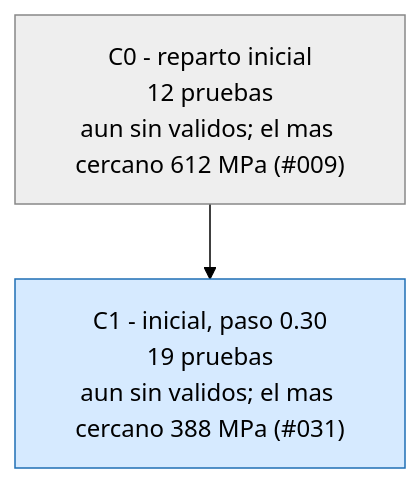
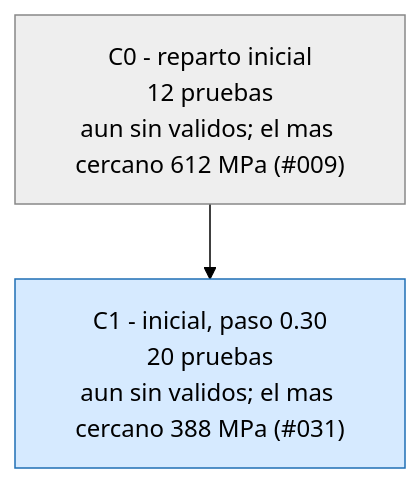
One commit to Hugiko/msd-soporte-optimizacion changed the third of 3 diagrams in runs/opt_37800N/ARBOL.md. Above: the diagram before and after it, drawn with Mermaid (forest theme). The commit also changed 34 other files, not shown here.

````diff
--- a/runs/opt_37800N/ARBOL.md
+++ b/runs/opt_37800N/ARBOL.md
@@ -33,9 +33,9 @@
 ```mermaid
 graph TD
 classDef activa fill:#d6eaff,stroke:#1f6fb5,color:#000
 classDef fin fill:#eeeeee,stroke:#888,color:#000
 classDef mejor fill:#c8f0c0,stroke:#1a9850,stroke-width:4px,color:#000
 C0["C0 - reparto inicial<br/>12 pruebas<br/>aun sin validos; el mas cercano 612 MPa (#009)"]:::fin
-C1["C1 - inicial, paso 0.30<br/>19 pruebas<br/>aun sin validos; el mas cercano 388 MPa (#031)"]:::activa
+C1["C1 - inicial, paso 0.30<br/>20 pruebas<br/>aun sin validos; el mas cercano 388 MPa (#031)"]:::activa
 C0 --> C1
 ```
````
